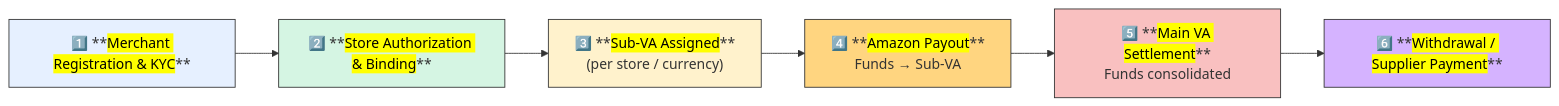
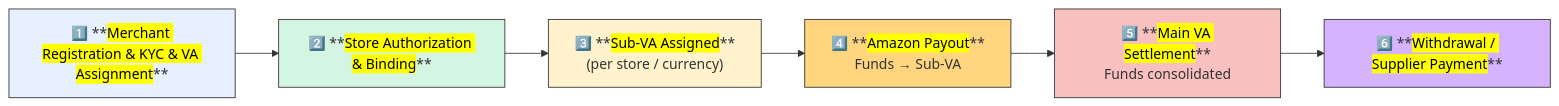
One commit to blaire101/data-warehouse-solutions changed the second of 3 diagrams in DW-Built-Amazon.md. Above: the diagram before and after it, drawn with Mermaid. The commit also changed other lines of this file, not shown here.

````diff
--- a/DW-Built-Amazon.md
+++ b/DW-Built-Amazon.md
@@ -76,18 +76,18 @@
 ```mermaid
 flowchart LR
-    A["1️⃣ **<mark>Merchant Registration & KYC</mark>**"]:::step1
+    A["1️⃣ **<mark>Merchant Registration & KYC & VA Assignment</mark>**"]:::step1
     B["2️⃣ **<mark>Store Authorization & Binding</mark>**"]:::step2
     C["3️⃣ **<mark>Sub-VA Assigned</mark>**<br>(per store / currency)"]:::step3
     D["4️⃣ **<mark>Amazon Payout</mark>**<br>Funds → Sub-VA"]:::step4
     E["5️⃣ **<mark>Main VA Settlement</mark>**<br>Funds consolidated"]:::step5
     F["6️⃣ **<mark>Withdrawal / Supplier Payment</mark>**"]:::step6
 
     A --> B --> C --> D --> E --> F
 
     classDef step1 fill:#e6f0ff,stroke:#333;
     classDef step2 fill:#d5f5e3,stroke:#333;
     classDef step3 fill:#fff2cc,stroke:#333;
     classDef step4 fill:#ffd580,stroke:#333;
     classDef step5 fill:#f9c0c0,stroke:#333;
     classDef step6 fill:#d5b3ff,stroke:#333;
 ```
````
